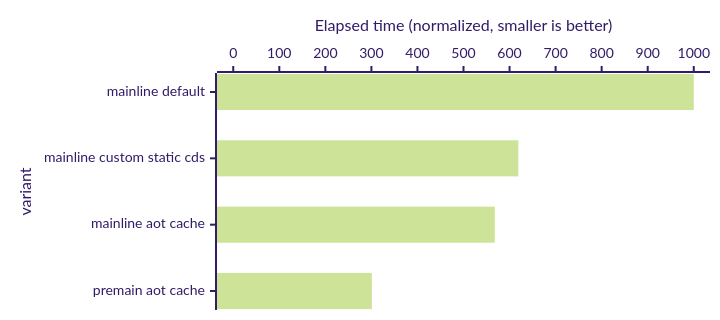
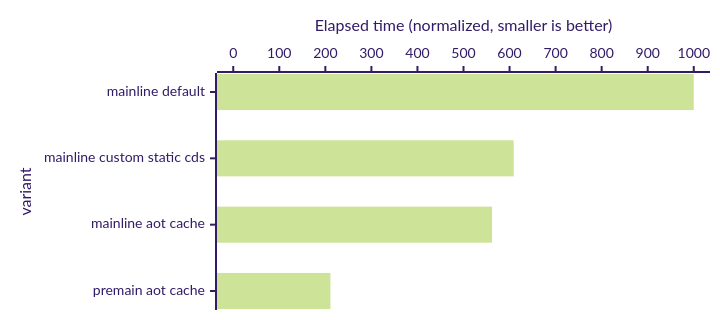
One commit to openjdk/leyden changed the sixth of 12 diagrams in benchmarks/README.md. Above: the diagram before and after it, drawn with Mermaid. The commit also changed other lines of this file and 4 other files, not shown here.

````diff
--- a/benchmarks/README.md
+++ b/benchmarks/README.md
@@ -204,13 +204,13 @@
 ```mermaid
 ---
 config:
     theme: "forest"
     xyChart:
         chartOrientation: horizontal
         height: 300
 ---
 xychart-beta
     x-axis "variant" ["mainline default", "mainline custom static cds", "mainline aot cache", "premain aot cache"]
     y-axis "Elapsed time (normalized, smaller is better)" 0 --> 1000
-    bar [1000, 619, 568, 301]
+    bar [1000, 609, 562, 211]
 ```
````
